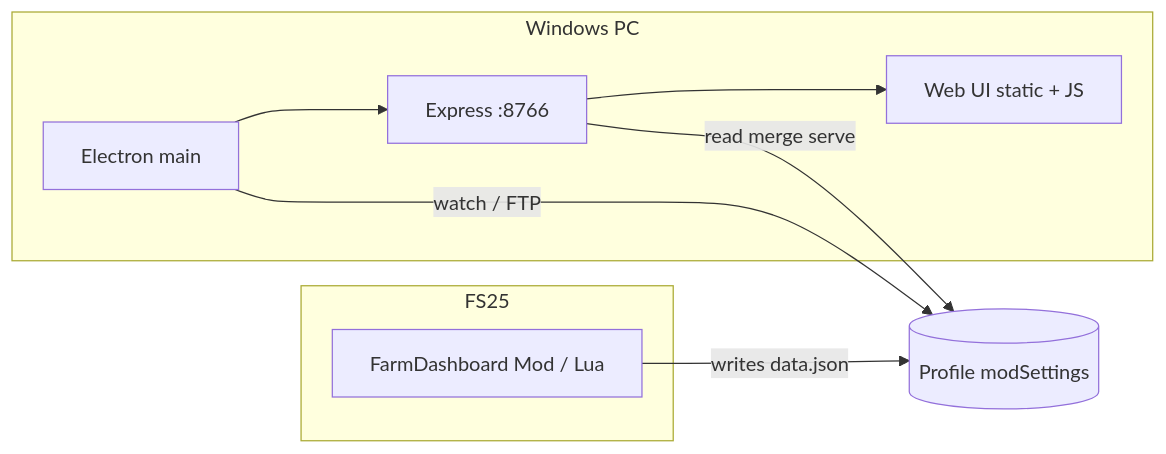
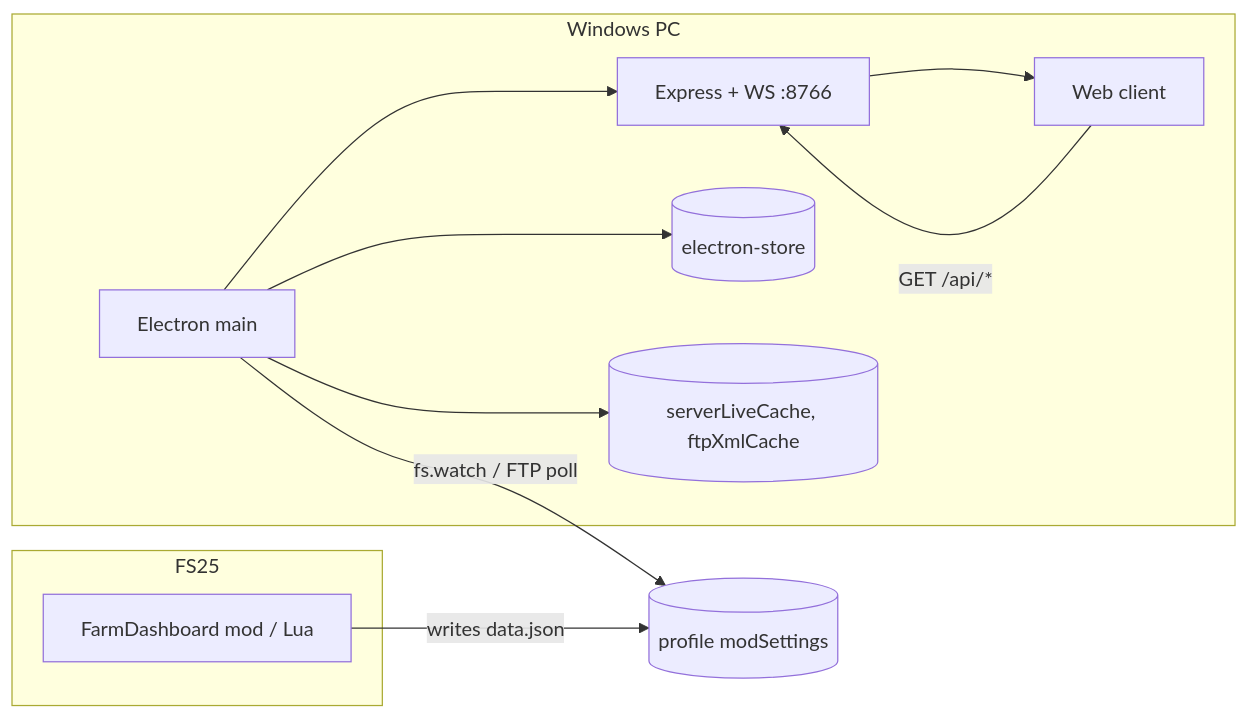
One commit to WizardlyPayload/FarmHub changed the diagram in docs/DEVELOPER_HANDOVER.md. Above: the diagram before and after it, drawn with Mermaid. The commit also changed other lines of this file and 1073 other files, not shown here.

````diff
--- a/docs/DEVELOPER_HANDOVER.md
+++ b/docs/DEVELOPER_HANDOVER.md
@@ -25,16 +33,20 @@
 ```mermaid
 flowchart LR
   subgraph game [FS25]
-    Mod[FarmDashboard Mod / Lua]
+    Mod[FarmDashboard mod / Lua]
   end
   subgraph pc [Windows PC]
     Electron[Electron main]
-    Express[Express :8766]
-    Web[Web UI static + JS]
+    Express["Express + WS :8766"]
+    Web[Web client]
+    Store[(electron-store)]
+    Cache[(serverLiveCache, ftpXmlCache)]
   end
-  Mod -->|writes data.json| Disk[(Profile modSettings)]
+  Mod -->|"writes data.json"| Disk[(profile modSettings)]
   Electron --> Express
   Express --> Web
-  Electron -->|watch / FTP| Disk
-  Express -->|read merge serve| Disk
+  Electron -->|"fs.watch / FTP poll"| Disk
+  Electron --> Store
+  Electron --> Cache
+  Web -->|"GET /api/*"| Express
 ```
````
